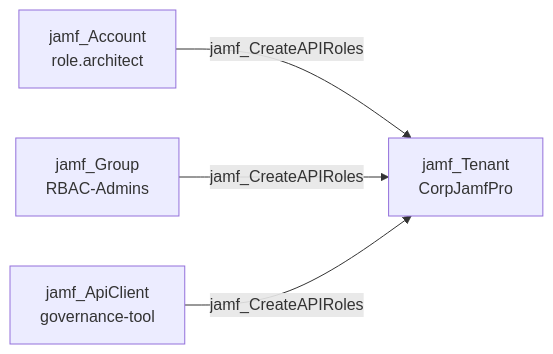
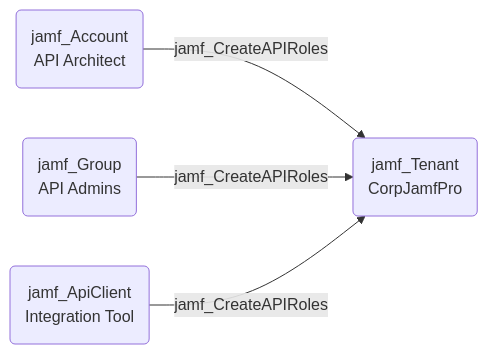
The diagram in docs/opengraph/extensions/jamfhound/reference/edges/jamf_createapiroles.mdx (SpecterOps/bloodhound-docs), drawn with Mermaid before and after one commit. The commit also changed 33 other files, not shown here.

Commit message:
Updated documentation with revised mermaid diagrams

````diff
--- a/docs/opengraph/extensions/jamfhound/reference/edges/jamf_createapiroles.mdx
+++ b/docs/opengraph/extensions/jamfhound/reference/edges/jamf_createapiroles.mdx
@@ -18,6 +18,14 @@
 ```mermaid
 graph LR
-    A["jamf_Account\nrole.architect"] -->|jamf_CreateAPIRoles| B["jamf_Tenant\nCorpJamfPro"]
-    C["jamf_Group\nRBAC-Admins"] -->|jamf_CreateAPIRoles| B
-    D["jamf_ApiClient\ngovernance-tool"] -->|jamf_CreateAPIRoles| B
+    A("jamf_Account
+API Architect")
+    B("jamf_Tenant
+CorpJamfPro")
+    C("jamf_Group
+API Admins")
+    D("jamf_ApiClient
+Integration Tool")
+    A -- jamf_CreateAPIRoles --> B
+    C -- jamf_CreateAPIRoles --> B
+    D -- jamf_CreateAPIRoles --> B
 ```
````
